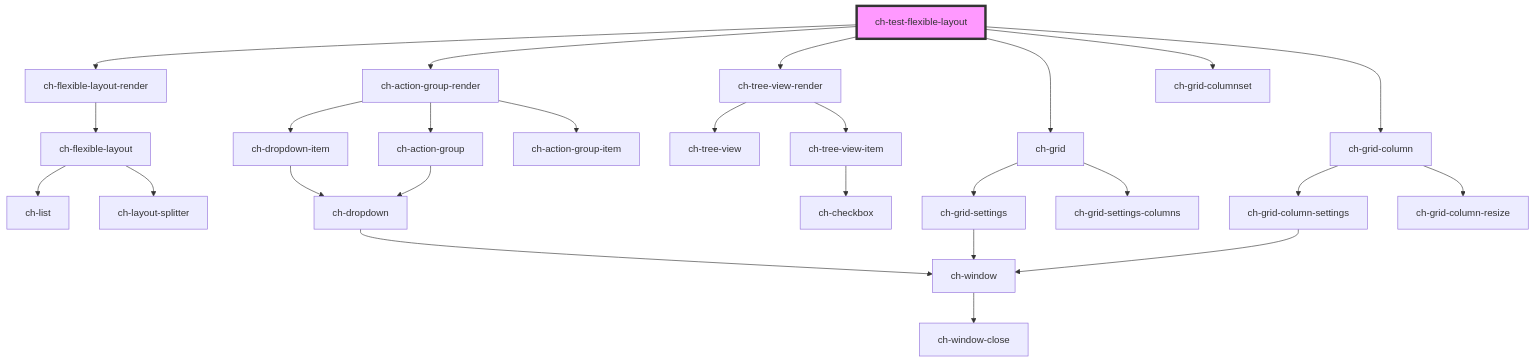
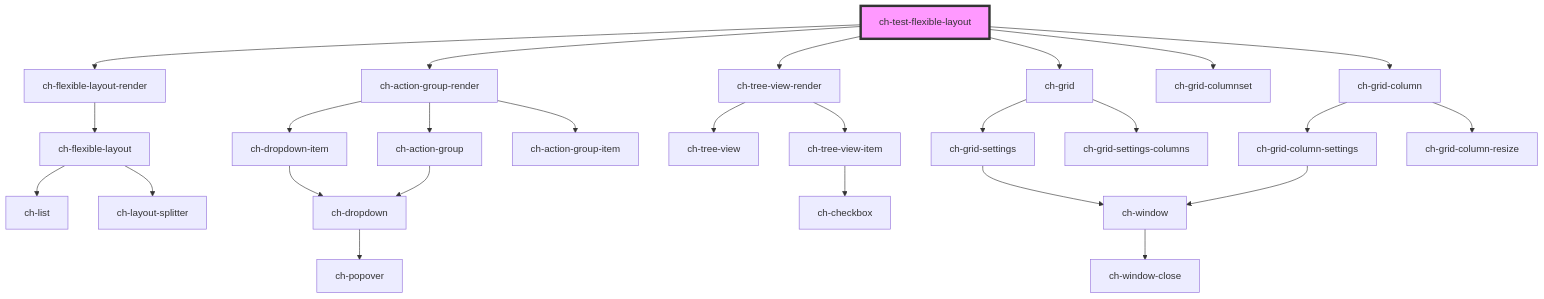
One commit to genexuslabs/chameleon-controls-library changed the diagram in src/components/test/test-flexible-layout/readme.md. Above: the diagram before and after it, drawn with Mermaid. The commit also changed 7 other files, not shown here.

````diff
--- a/src/components/test/test-flexible-layout/readme.md
+++ b/src/components/test/test-flexible-layout/readme.md
@@ -27,29 +27,29 @@
 ```mermaid
 graph TD;
   ch-test-flexible-layout --> ch-flexible-layout-render
   ch-test-flexible-layout --> ch-action-group-render
   ch-test-flexible-layout --> ch-tree-view-render
   ch-test-flexible-layout --> ch-grid
   ch-test-flexible-layout --> ch-grid-columnset
   ch-test-flexible-layout --> ch-grid-column
   ch-flexible-layout-render --> ch-flexible-layout
   ch-flexible-layout --> ch-list
   ch-flexible-layout --> ch-layout-splitter
   ch-action-group-render --> ch-dropdown-item
   ch-action-group-render --> ch-action-group
   ch-action-group-render --> ch-action-group-item
   ch-dropdown-item --> ch-dropdown
-  ch-dropdown --> ch-window
-  ch-window --> ch-window-close
+  ch-dropdown --> ch-popover
   ch-action-group --> ch-dropdown
   ch-tree-view-render --> ch-tree-view
   ch-tree-view-render --> ch-tree-view-item
   ch-tree-view-item --> ch-checkbox
   ch-grid --> ch-grid-settings
   ch-grid --> ch-grid-settings-columns
   ch-grid-settings --> ch-window
+  ch-window --> ch-window-close
   ch-grid-column --> ch-grid-column-settings
   ch-grid-column --> ch-grid-column-resize
   ch-grid-column-settings --> ch-window
   style ch-test-flexible-layout fill:#f9f,stroke:#333,stroke-width:4px
 ```
````
